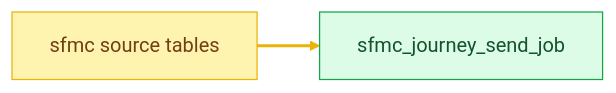
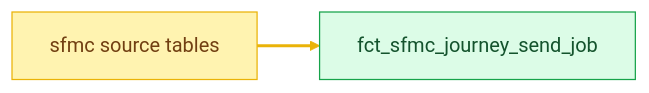
The fifth of 5 diagrams in docs/lineage.md (angelatanbbc/angela_bbc), drawn with Mermaid before and after one commit. The commit also changed other lines of this file and 99 other files, not shown here.

````diff
--- a/docs/lineage.md
+++ b/docs/lineage.md
@@ -172,7 +172,7 @@
 ```mermaid
 graph LR
     classDef source fill:#fff3b0,stroke:#eab308,color:#713f12
     classDef mart fill:#dcfce7,stroke:#16a34a,color:#14532d
-    sfmc["sfmc source tables"]:::source --> salesforce["sfmc_journey_send_job"]:::mart
+    sfmc["sfmc source tables"]:::source --> salesforce["fct_sfmc_journey_send_job"]:::mart
     linkStyle 0 stroke:#eab308,stroke-width:2.5px
 ```
````
